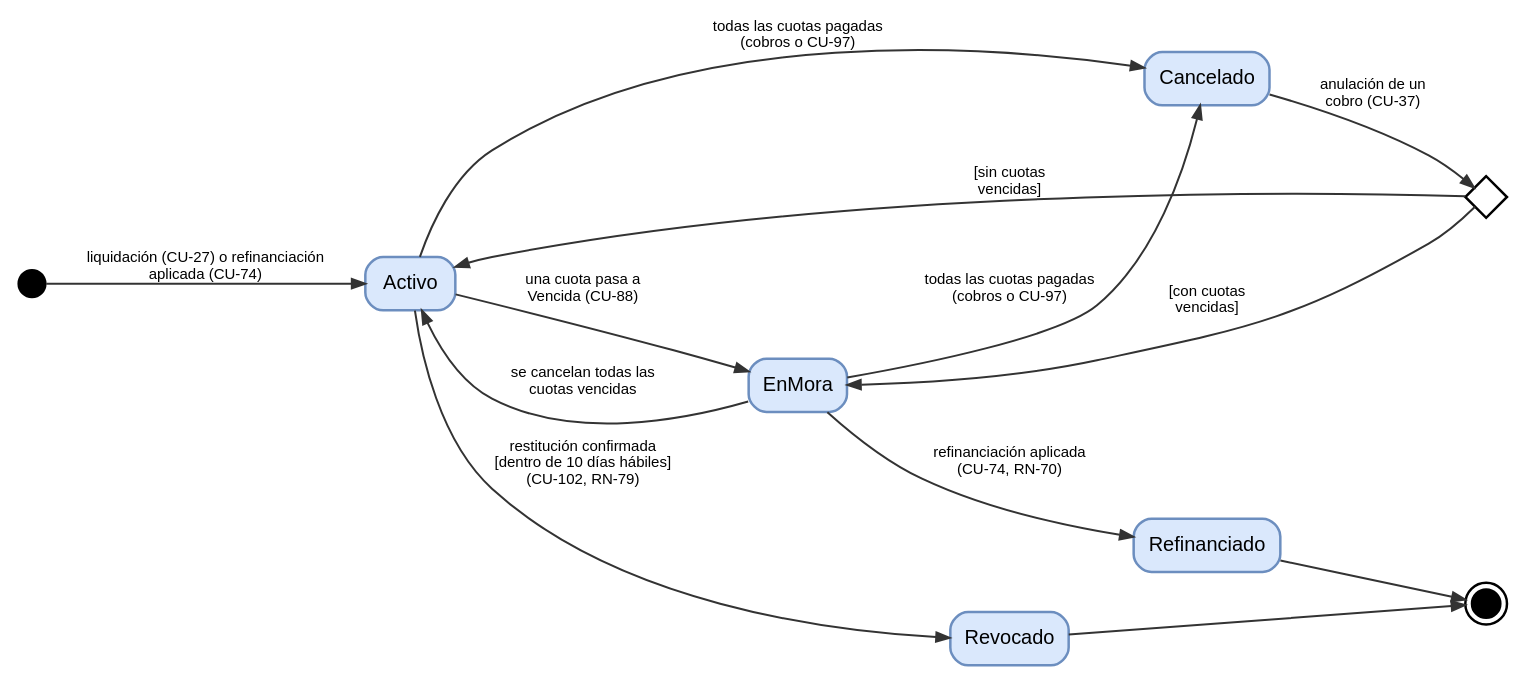
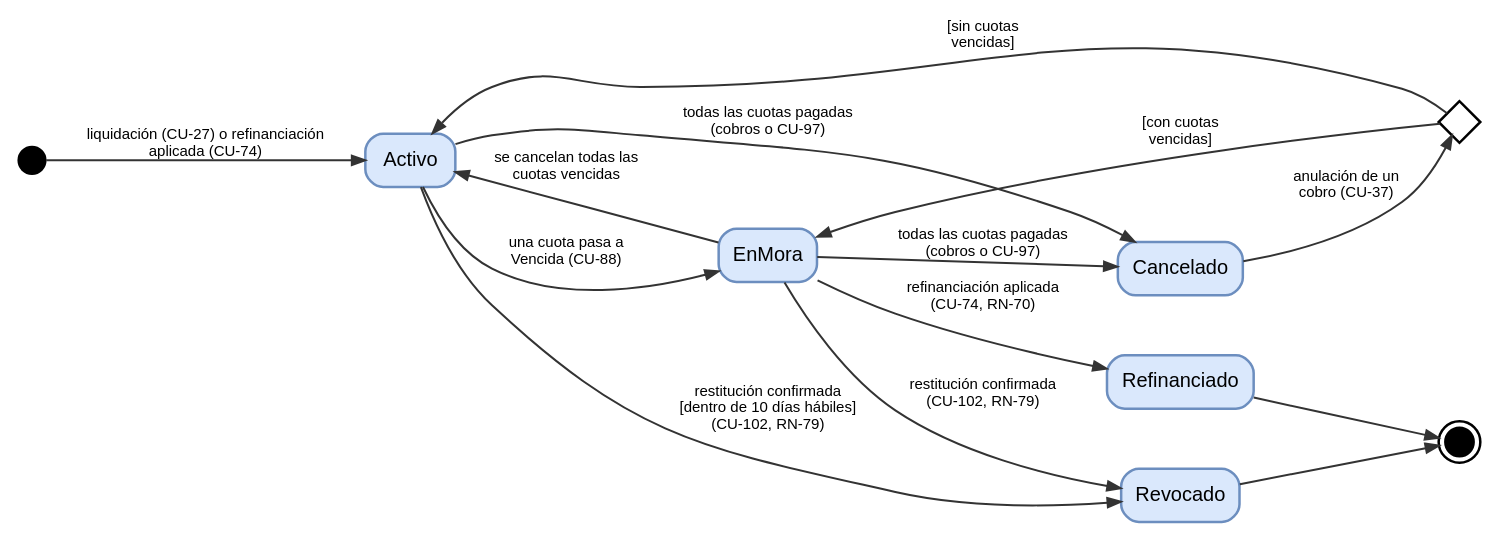
The diagram in docs/diseno/estados/credito.dot (ivanthoux/sigccr), drawn with Graphviz before and after one commit. The commit also changed 4 other files, not shown here.

First line of the commit message:
docs(diseno): diagramas de estados de cuota, crédito, orden de pago y devolución

```diff
--- a/docs/diseno/estados/credito.dot
+++ b/docs/diseno/estados/credito.dot
@@ -1,18 +1,19 @@
 digraph credito { rankdir=LR; graph [fontname="Arial", fontsize=12, nodesep=0.5, ranksep=0.6, bgcolor=white];
 node [fontname="Arial", fontsize=12, shape=box, style="rounded,filled", fillcolor="#DAE8FC", color="#6C8EBF", penwidth=1.5, height=0.45];
 edge [fontname="Arial", fontsize=9, color="#333333", penwidth=1.2, arrowsize=0.8];
 ini [shape=circle, style=filled, fillcolor=black, color=black, width=0.22, height=0.22, fixedsize=true, label=""];
 fin [shape=doublecircle, style=filled, fillcolor=black, color=black, width=0.24, height=0.24, fixedsize=true, label=""];
 dec [shape=diamond, style=filled, fillcolor=white, color=black, width=0.35, height=0.35, fixedsize=true, label=""];
 ini -> Activo [label="liquidación (CU-27) o refinanciación\naplicada (CU-74)"];
 Activo -> EnMora [label="una cuota pasa a\nVencida (CU-88)"];
 EnMora -> Activo [label="se cancelan todas las\ncuotas vencidas"];
 Activo -> Cancelado [label="todas las cuotas pagadas\n(cobros o CU-97)"];
 EnMora -> Cancelado [label="todas las cuotas pagadas\n(cobros o CU-97)"];
 Cancelado -> dec [label="anulación de un\ncobro (CU-37)"];
 dec -> Activo [label="[sin cuotas\nvencidas]"];
 dec -> EnMora [label="[con cuotas\nvencidas]"];
 EnMora -> Refinanciado [label="refinanciación aplicada\n(CU-74, RN-70)"];
 Activo -> Revocado [label="restitución confirmada\n[dentro de 10 días hábiles]\n(CU-102, RN-79)"];
+EnMora -> Revocado [label="restitución confirmada\n(CU-102, RN-79)"];
 Refinanciado -> fin; Revocado -> fin;
 }
```
